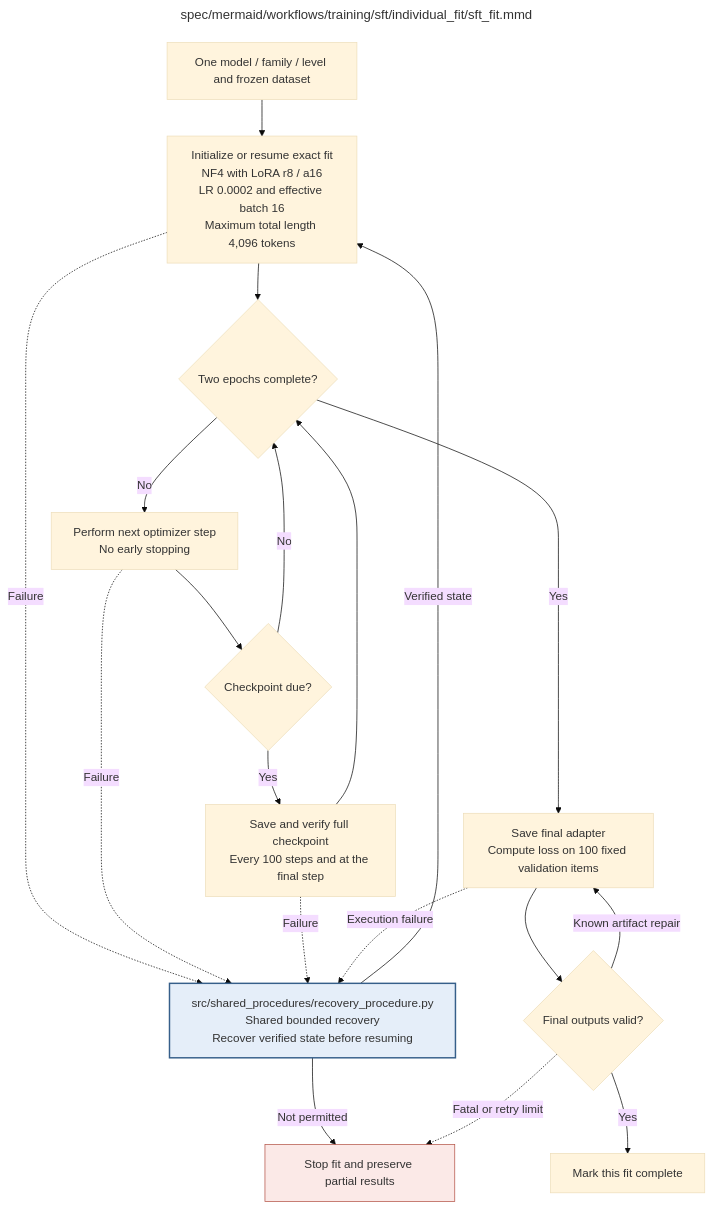
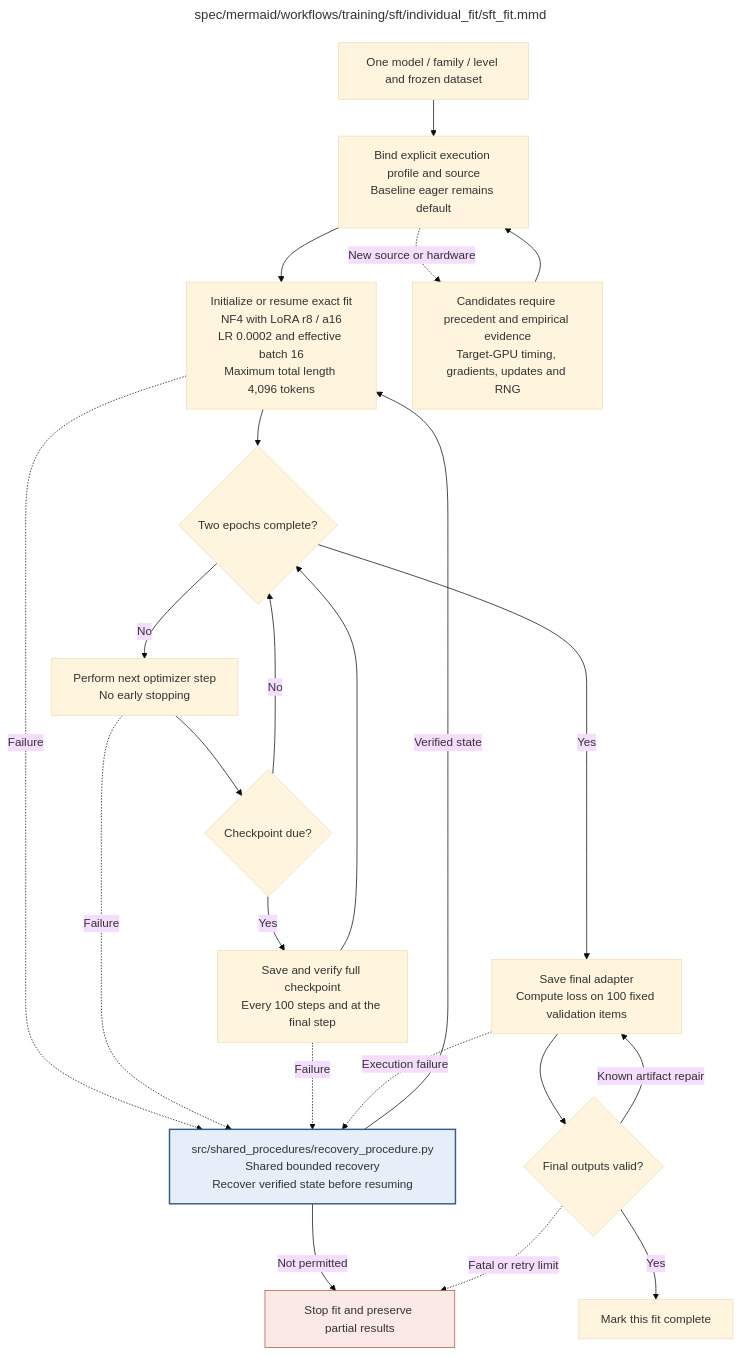
One commit to AJUNNYC/inducing_persistent_textual_chain_of_thought_illegibility changed the diagram in docs/modules/training/sft/individual_fit/sft_fit.md. Above: the diagram before and after it, drawn with Mermaid (base theme). The commit also changed other lines of this file and 19 other files, not shown here.

````diff
--- a/docs/modules/training/sft/individual_fit/sft_fit.md
+++ b/docs/modules/training/sft/individual_fit/sft_fit.md
@@ -102,69 +104,72 @@
 ```mermaid
 ---
 title: "spec/mermaid/workflows/training/sft/individual_fit/sft_fit.mmd"
 ---
 flowchart TD
 %% Individual SFT fit
 %% Edit quoted node labels directly; this is native Mermaid.
 %% Execution contract: known faults use bounded recovery; unclassified/persistent faults stop the worker.
 %% Frozen invalid inputs are fatal. Unrecoverable child failures propagate; never release incomplete results.
 %% Individual SFT fit
 %% No warm-start from another level; only an exact-fit full checkpoint may resume training.
 %% SFT setup and resumption
 %% NF4 double quantization, BF16, gradient checkpointing.
 %% LoRA rank 8 / alpha 16 / dropout .05; attention and MLP targets.
 %% LR 2e-4; paged AdamW32; cosine schedule; warmup 3%; weight decay 0.
 %% Microbatch 1; gradient accumulation 16; effective batch 16; max length 4096; seed 42.
 %% Known setup failures use shared bounded recovery before this procedure returns STOP.
 %% A corrupt claimed recovery checkpoint must not silently cause a fresh run with overwritten provenance.
 %% SFT optimization
 %% Full checkpoint includes adapter, optimizer, scheduler, RNG and data position.
 %% Interrupted updates roll back to a verified full checkpoint; counters survive rollback.
 %% If interruption occurs before the first checkpoint, an explicitly recorded fresh restart uses the fixed seed.
 %% No early stopping; scientific validation results cannot alter the fixed two-epoch schedule.
 %% SFT final validation and saving
 %% Retain already valid upstream artifacts; retry only the failed save or validation computation.
 %% Validation loss is reported; it does not trigger early stopping or extra training.
 %% SETUP verifies full checkpoint identity/integrity or initializes an untouched base; corrupt existing recovery state is not silently discarded.
 %% SETUP applies masking, gradient and data-identity checks before any update. Effective batch 16 and max length 4096.
 %% AUDIT->FINAL permits only a known safe artifact repair within persistent finite retry budgets. Frozen-input faults stop.
 %% Retry only the failed final save / validation operation; retain valid upstream outputs and trained state.
 %% Interrupted updates require rollback to verified state; replay is recorded and never resets retry counters.
 %% Child: RECOVER => ../../../shared_procedures/recovery_procedure.mmd
     INPUT["One model / family / level and frozen dataset"]
     SETUP["Initialize or resume exact fit<br/>NF4 with LoRA r8 / a16<br/>LR 0.0002 and effective batch 16<br/>Maximum total length 4,096 tokens"]
     DONE{"Two epochs complete?"}
     STEP["Perform next optimizer step<br/>No early stopping"]
     DUE{"Checkpoint due?"}
     SAVE["Save and verify full checkpoint<br/>Every 100 steps and at the final step"]
     DONE -->|No| STEP --> DUE
     DUE -->|Yes| SAVE --> DONE
     DUE -->|No| DONE
     FINAL["Save final adapter<br/>Compute loss on 100 fixed validation items"]
     AUDIT{"Final outputs valid?"}
     OUT["Mark this fit complete"]
     FINAL --> AUDIT
     AUDIT -->|Yes| OUT
     AUDIT -->|Known artifact repair| FINAL
     RECOVER["src/shared_procedures/recovery_procedure.py<br/>Shared bounded recovery<br/>Recover verified state before resuming"]
     STOP["Stop fit and preserve partial results"]
-    INPUT --> SETUP --> DONE
+    PROFILE["Bind explicit execution profile and source<br/>Baseline eager remains default"]
+    MEASURE["Candidates require precedent and empirical evidence<br/>Target-GPU timing, gradients, updates and RNG"]
+    INPUT --> PROFILE --> SETUP --> DONE
+    PROFILE -.->|New source or hardware| MEASURE --> PROFILE
     DONE -->|Yes| FINAL
     SETUP -.->|Failure| RECOVER
     STEP -.->|Failure| RECOVER
     SAVE -.->|Failure| RECOVER
     FINAL -.->|Execution failure| RECOVER
     RECOVER -->|Verified state| SETUP
     RECOVER -->|Not permitted| STOP
     AUDIT -.->|Fatal or retry limit| STOP
     classDef detail fill:#e5eef9,stroke:#365f8a,stroke-width:2px
     class RECOVER detail
     classDef stop fill:#fbe9e7,stroke:#b45448
     class STOP stop
 
 %% Repository module: src/training/sft/individual_fit/sft_fit.py
 %% Module documentation: docs/modules/training/sft/individual_fit/sft_fit.md
 %% Unit test: tests/unit/training/sft/individual_fit/test_sft_fit.py
 %% Owner: sft
 %% Source sections: C.2.2–C.2.4; E.1.3; E.2.4,E.2.6; H.9
 ```
````
